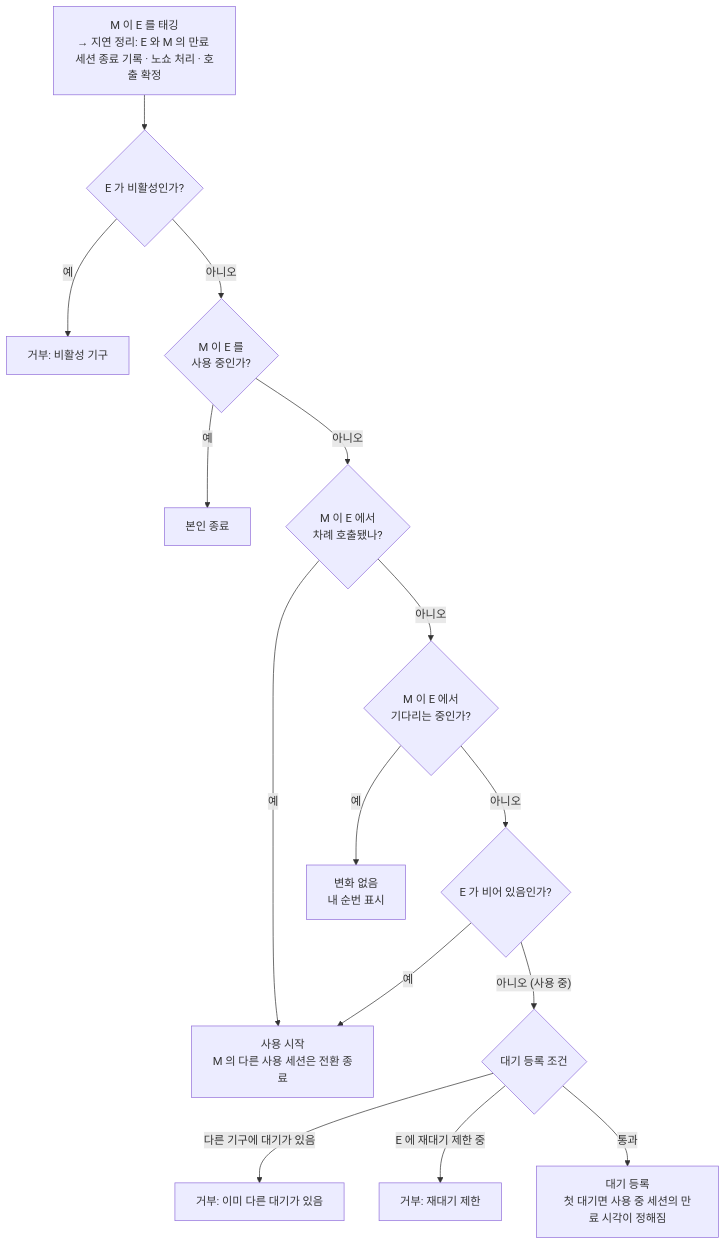
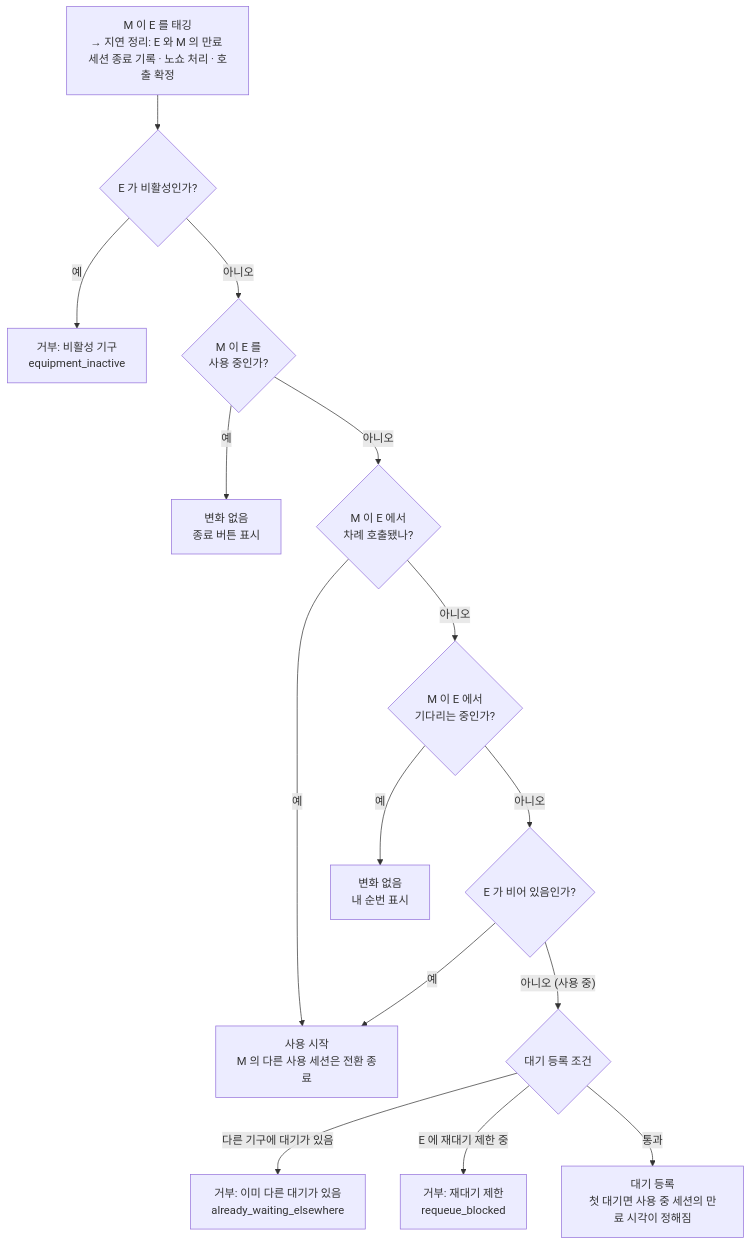
The second of 4 diagrams in docs/architecture/system-overview.md (yong-joon-kwak/gym-equipment-reservation), drawn with Mermaid before and after one commit. The commit also changed other lines of this file and 5 other files, not shown here.

````diff
--- a/docs/architecture/system-overview.md
+++ b/docs/architecture/system-overview.md
@@ -53,34 +53,34 @@
 ```mermaid
 flowchart TD
     %% 노드
     UC_Settle["M 이 E 를 태깅<br/>→ 지연 정리: E 와 M 의 만료 세션 종료 기록 · 노쇼 처리 · 호출 확정"]
     IsInactive{"E 가 비활성인가?"}
     IsMyUsage{"M 이 E 를<br/>사용 중인가?"}
     IsMyCall{"M 이 E 에서<br/>차례 호출됐나?"}
     IsMyWait{"M 이 E 에서<br/>기다리는 중인가?"}
     IsAvailable{"E 가 비어 있음인가?"}
     IsEnqueueAllowed{"대기 등록 조건"}
-    UC_EndByMember["본인 종료"]
+    UC_ShowEndButton["변화 없음<br/>종료 버튼 표시"]
     UC_StartSession["사용 시작<br/>M 의 다른 사용 세션은 전환 종료"]
     UC_ShowPosition["변화 없음<br/>내 순번 표시"]
     UC_Enqueue["대기 등록<br/>첫 대기면 사용 중 세션의 만료 시각이 정해짐"]
-    Reject_Inactive["거부: 비활성 기구"]
-    Reject_OtherWait["거부: 이미 다른 대기가 있음"]
-    Reject_Cooldown["거부: 재대기 제한"]
+    Reject_Inactive["거부: 비활성 기구<br/>equipment_inactive"]
+    Reject_OtherWait["거부: 이미 다른 대기가 있음<br/>already_waiting_elsewhere"]
+    Reject_Cooldown["거부: 재대기 제한<br/>requeue_blocked"]
 
     %% 관계
     UC_Settle --> IsInactive
     IsInactive -->|"예"| Reject_Inactive
     IsInactive -->|"아니오"| IsMyUsage
-    IsMyUsage -->|"예"| UC_EndByMember
+    IsMyUsage -->|"예"| UC_ShowEndButton
     IsMyUsage -->|"아니오"| IsMyCall
     IsMyCall -->|"예"| UC_StartSession
     IsMyCall -->|"아니오"| IsMyWait
     IsMyWait -->|"예"| UC_ShowPosition
     IsMyWait -->|"아니오"| IsAvailable
     IsAvailable -->|"예"| UC_StartSession
     IsAvailable -->|"아니오 (사용 중)"| IsEnqueueAllowed
     IsEnqueueAllowed -->|"다른 기구에 대기가 있음"| Reject_OtherWait
     IsEnqueueAllowed -->|"E 에 재대기 제한 중"| Reject_Cooldown
     IsEnqueueAllowed -->|"통과"| UC_Enqueue
 ```
````
